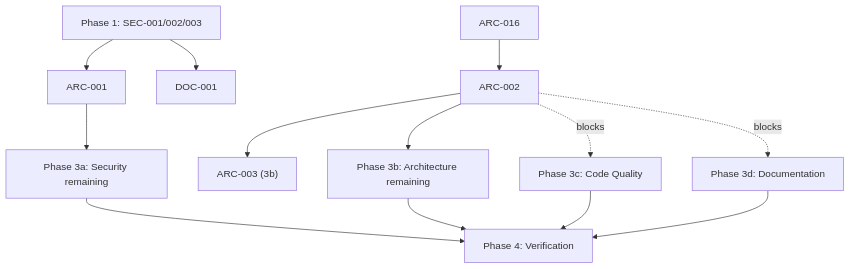
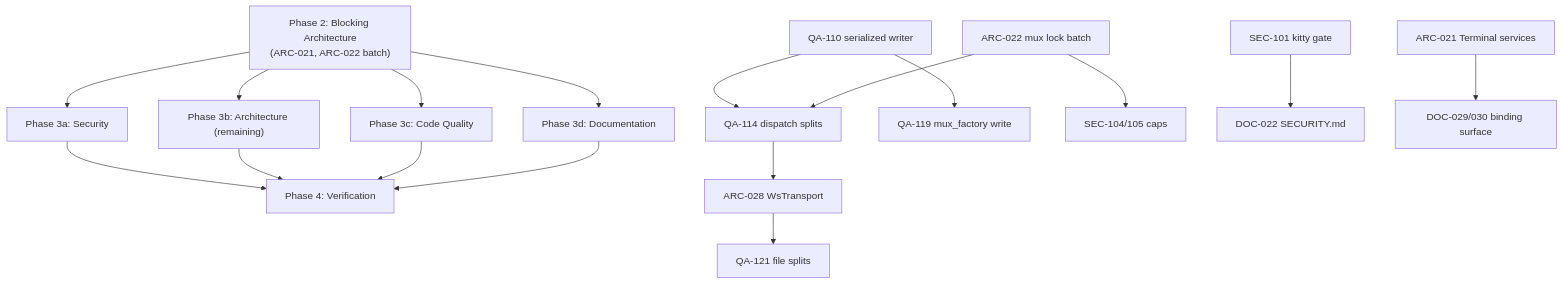
Before and after one commit to paulrobello/par-term-emu-core-rust: the diagram in AUDIT.md, drawn with Mermaid. The commit also changed other lines of this file and 4 other files, not shown here.

````diff
--- a/AUDIT.md
+++ b/AUDIT.md
@@ -339,16 +490,21 @@
 ```mermaid
 graph TD
-    P1["Phase 1: SEC-001/002/003"]
-    P2a["ARC-016"] --> P2b["ARC-002"]
-    P2b --> P2c["ARC-003 (3b)"]
-    P2d["ARC-001"]
-    P1 --> P2d
-    P2d --> P3a["Phase 3a: Security remaining"]
-    P2b --> P3b["Phase 3b: Architecture remaining"]
+    P2["Phase 2: Blocking Architecture<br/>(ARC-021, ARC-022 batch)"]
+    P3a["Phase 3a: Security"]
+    P3b["Phase 3b: Architecture (remaining)"]
     P3c["Phase 3c: Code Quality"]
     P3d["Phase 3d: Documentation"]
-    P1 --> P2x["DOC-001"]
-    P3a & P3b & P3c & P3d --> P4["Phase 4: Verification"]
-    P2b -.blocks.-> P3c
-    P2b -.blocks.-> P3d
+    P4["Phase 4: Verification"]
+
+    QA110["QA-110 serialized writer"] --> QA114["QA-114 dispatch splits"]
+    QA110 --> QA119["QA-119 mux_factory write"]
+    QA114 --> ARC028["ARC-028 WsTransport"]
+    ARC028 --> QA121["QA-121 file splits"]
+    ARC022["ARC-022 mux lock batch"] --> QA114
+    ARC022 --> SEC104["SEC-104/105 caps"]
+    SEC101["SEC-101 kitty gate"] --> DOC022["DOC-022 SECURITY.md"]
+    ARC021["ARC-021 Terminal services"] --> DOC029["DOC-029/030 binding surface"]
+
+    P2 --> P3a & P3b & P3c & P3d
+    P3a & P3b & P3c & P3d --> P4
 ```
````
